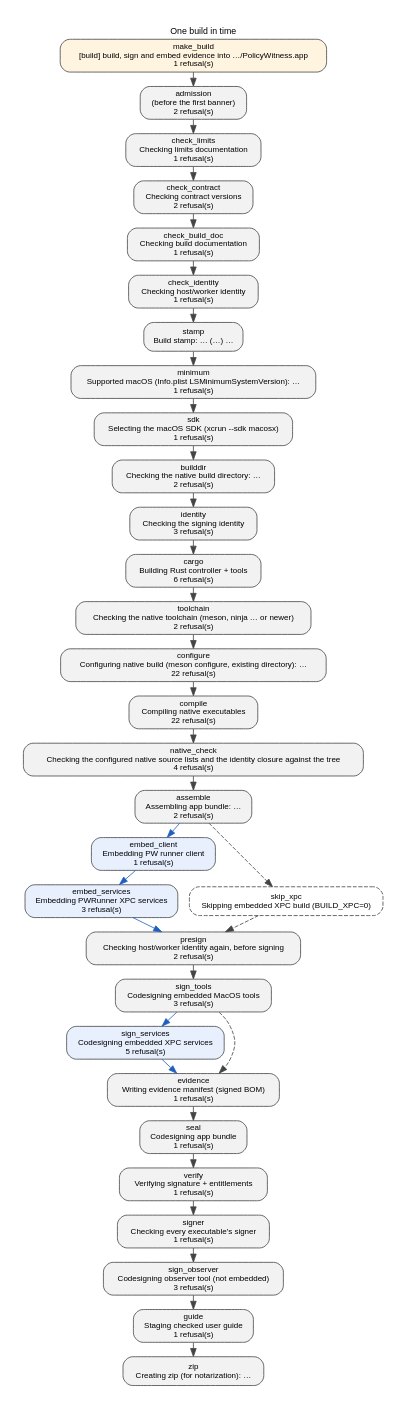
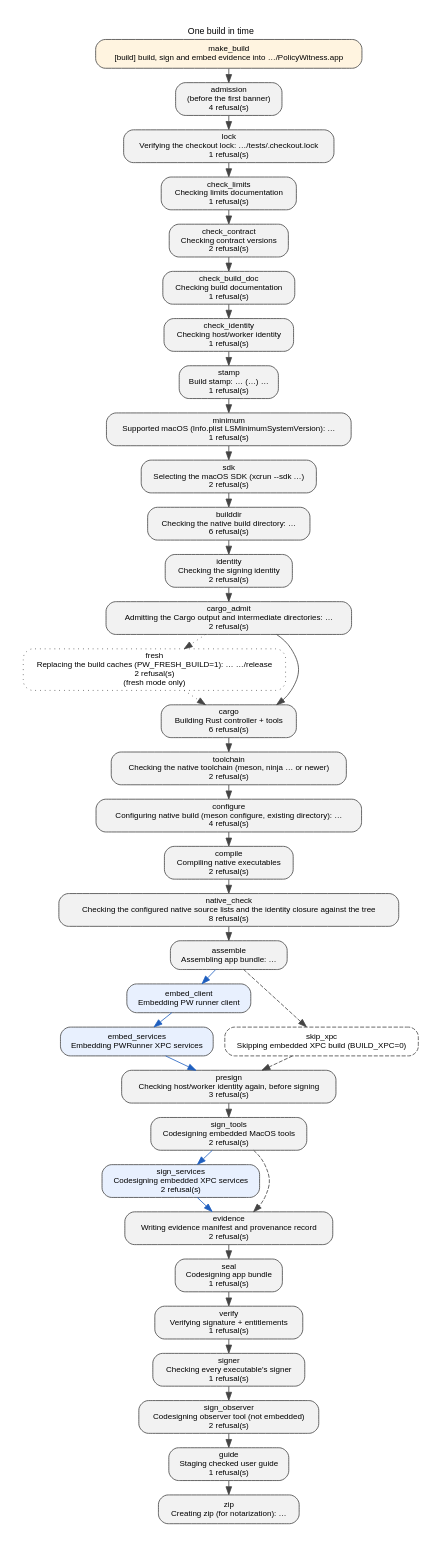
The diagram in docs/build-steps.dot (Protonk/PolicyWitness), drawn with Graphviz before and after one commit. The commit also changed 51 other files, not shown here.

```diff
--- a/docs/build-steps.dot
+++ b/docs/build-steps.dot
@@ -2,38 +2,42 @@
     graph [rankdir=TB, bgcolor="white", fontname="Helvetica", fontsize=11, label="One build in time", labelloc=t, pad=0.3, nodesep=0.2, ranksep=0.25];
     node [fontname="Helvetica", fontsize=10, shape=box, style="rounded,filled", fillcolor="#f2f2f2", color="#444444"];
     edge [fontname="Helvetica", fontsize=9, color="#444444"];
-    make_build [label="make_build\n[build] build, sign and embed evidence into …/PolicyWitness.app\n1 refusal(s)", URL="BUILD.md#one-build-in-time", tooltip="make_build: reads IDENTITY and DIST_DIR from the make command line; writes nothing; runs build.sh with them", fillcolor="#fff4e0"];
-    admission [label="admission\n(before the first banner)\n2 refusal(s)", URL="BUILD.md#one-build-in-time", tooltip="admission: reads BUILD_XPC, PW_INSPECTION and the argument list; --help prints the usage and exits before any check, after the knobs are validated; writes nothing"];
+    make_build [label="make_build\n[build] build, sign and embed evidence into …/PolicyWitness.app", URL="BUILD.md#one-build-in-time", tooltip="make_build: reads IDENTITY, DIST_DIR and, when the caller set it, PW_FRESH_BUILD from the make command line or environment; writes nothing; runs build.sh with them", fillcolor="#fff4e0"];
+    admission [label="admission\n(before the first banner)\n4 refusal(s)", URL="BUILD.md#one-build-in-time", tooltip="admission: reads BUILD_XPC, PW_INSPECTION, PW_FRESH_BUILD and the argument list (--help prints the usage and exits before any check, after the knobs are validated); whether each tracked input the build copies exists; tests/.checkout.lock, which the launcher takes before running the script again under it; writes the owner record in tests/.checkout.lock for as long as the build and its protected children hold it; nothing else"];
+    lock [label="lock\nVerifying the checkout lock: …/tests/.checkout.lock\n1 refusal(s)", URL="BUILD.md#one-build-in-time", tooltip="lock: reads the inherited lock descriptor and the claim the launcher left in the environment, verified against this checkout's lock file; writes nothing"];
     check_limits [label="check_limits\nChecking limits documentation\n1 refusal(s)", URL="BUILD.md#one-build-in-time", tooltip="check_limits: reads docs/limits.json and the documents it renders; writes nothing"];
     check_contract [label="check_contract\nChecking contract versions\n2 refusal(s)", URL="BUILD.md#one-build-in-time", tooltip="check_contract: reads docs/contract.json, docs/architecture.json and their generated copies; writes nothing"];
     check_build_doc [label="check_build_doc\nChecking build documentation\n1 refusal(s)", URL="BUILD.md#one-build-in-time", tooltip="check_build_doc: reads docs/build.json, build.sh, meson.build, the Makefile, the inventories, the baseline and the generated copies; writes nothing"];
     check_identity [label="check_identity\nChecking host/worker identity\n1 refusal(s)", URL="BUILD.md#one-build-in-time", tooltip="check_identity: reads the identity inputs and the three generated copies; writes nothing"];
-    stamp [label="stamp\nBuild stamp: … (…) …", URL="BUILD.md#one-build-in-time", tooltip="stamp: reads git describe, rev-parse and rev-list, or PW_VERSION and PW_BUILD_NUMBER from the environment; writes the four stamp variables for Cargo and the plists"];
+    stamp [label="stamp\nBuild stamp: … (…) …\n1 refusal(s)", URL="BUILD.md#one-build-in-time", tooltip="stamp: reads git describe, rev-parse and rev-list, or PW_VERSION and PW_BUILD_NUMBER from the environment; writes the four stamp variables for Cargo and the plists; controller/target/ and the build session file, opened with the stamp and the three knobs"];
     minimum [label="minimum\nSupported macOS (Info.plist LSMinimumSystemVersion): …\n1 refusal(s)", URL="BUILD.md#one-build-in-time", tooltip="minimum: reads LSMinimumSystemVersion in Info.plist; writes MACOSX_DEPLOYMENT_TARGET for Cargo"];
-    sdk [label="sdk\nSelecting the macOS SDK (xcrun --sdk macosx)\n1 refusal(s)", URL="BUILD.md#one-build-in-time", tooltip="sdk: reads the SDK path xcrun reports under DEVELOPER_DIR; writes SDKROOT for Cargo and Meson"];
-    builddir [label="builddir\nChecking the native build directory: …\n2 refusal(s)", URL="BUILD.md#one-build-in-time", tooltip="builddir: reads builddir/meson-info/meson-info.json when the directory is configured; writes nothing"];
-    identity [label="identity\nChecking the signing identity\n3 refusal(s)", URL="BUILD.md#one-build-in-time", tooltip="identity: reads IDENTITY and the keychain listing; the two knobs, for Meson's options and RUSTFLAGS; writes RUSTFLAGS, when inspection is on and it was unset or empty"];
-    cargo [label="cargo\nBuilding Rust controller + tools\n6 refusal(s)", URL="BUILD.md#one-build-in-time", tooltip="cargo: reads cargo on PATH with its configuration, caches and registries; controller/ sources, the stamp variables, MACOSX_DEPLOYMENT_TARGET, SDKROOT and RUSTFLAGS; the artifact paths Cargo reports; writes controller/target/release/ under the pinned output directory, and the messages file Cargo reports its artifacts in"];
+    sdk [label="sdk\nSelecting the macOS SDK (xcrun --sdk …)\n2 refusal(s)", URL="BUILD.md#one-build-in-time", tooltip="sdk: reads the SDK path and numeric version xcrun reports under DEVELOPER_DIR for the macosx default, or for the SDK a caller's SDKROOT names; writes SDKROOT for Cargo and Meson, resolved by xcrun, and the SDK version every shipped output must carry"];
+    builddir [label="builddir\nChecking the native build directory: …\n6 refusal(s)", URL="BUILD.md#one-build-in-time", tooltip="builddir: reads in incremental mode: builddir/meson-info/meson-info.json and builddir/pw-toolchain.json when the directory is configured, and the stamped SDK, developer directory, compiler commands and Rust compiler probed now; in fresh mode nothing, since the directory is replaced; writes the toolchain observation into the build session"];
+    identity [label="identity\nChecking the signing identity\n2 refusal(s)", URL="BUILD.md#one-build-in-time", tooltip="identity: reads IDENTITY and the keychain listing; the knobs, for Meson's options and RUSTFLAGS; writes RUSTFLAGS, when inspection is on and it was unset or empty, and the record of who set it"];
+    cargo_admit [label="cargo_admit\nAdmitting the Cargo output and intermediate directories: …\n2 refusal(s)", URL="BUILD.md#one-build-in-time", tooltip="cargo_admit: reads cargo metadata's report of the target and build directories under the pinned target directory, with the caller's Cargo environment and configuration; writes the admission into the build session"];
+    fresh [label="fresh\nReplacing the build caches (PW_FRESH_BUILD=1): … …/release\n2 refusal(s)\n(fresh mode only)", URL="BUILD.md#one-build-in-time", tooltip="fresh: reads every path component of builddir/ and controller/target/release/ below the checkout: a real directory of this user, or absent; writes removes both directories; records each one's replacement in the build session; nothing else is removed", style="rounded,dotted", fillcolor="#fdf2f2"];
+    cargo [label="cargo\nBuilding Rust controller + tools\n6 refusal(s)", URL="BUILD.md#one-build-in-time", tooltip="cargo: reads cargo on PATH with its configuration, caches and registries; controller/ sources, the stamp variables, MACOSX_DEPLOYMENT_TARGET, SDKROOT and RUSTFLAGS; the artifact paths and per-target reuse judgments Cargo reports, and Cargo's fingerprint for each shipped target; writes controller/target/release/ under the pinned output directory, the messages file Cargo reports its artifacts in, and the judgments into the build session"];
     toolchain [label="toolchain\nChecking the native toolchain (meson, ninja … or newer)\n2 refusal(s)", URL="BUILD.md#one-build-in-time", tooltip="toolchain: reads meson and ninja on PATH and ninja's version; writes nothing"];
-    configure [label="configure\nConfiguring native build (meson configure, existing directory): …\n22 refusal(s)", URL="BUILD.md#one-build-in-time", tooltip="configure: reads whether builddir/build.ninja exists, meson.build, meson.options and the two knobs as Meson options; a fresh setup also reads CFLAGS and the other flag variables; writes builddir/ configuration; meson configure records the two options and the policy assertions run at setup or at the regeneration the next compile triggers"];
-    compile [label="compile\nCompiling native executables\n22 refusal(s)", URL="BUILD.md#one-build-in-time", tooltip="compile: reads the native sources through builddir/; a changed option triggers regeneration, which runs the policy assertions first; writes builddir/ outputs and the Swift module cache under it"];
-    native_check [label="native_check\nChecking the configured native source lists and the identity closure against the tree\n4 refusal(s)", URL="BUILD.md#one-build-in-time", tooltip="native_check: reads Meson's introspection of builddir/, Ninja's dependency log, the identity inputs and the Meson outputs' load commands; writes nothing"];
-    assemble [label="assemble\nAssembling app bundle: …\n2 refusal(s)", URL="BUILD.md#one-build-in-time", tooltip="assemble: reads Info.plist, the three Rust outputs, runner/augments/, dist/README.md and dist/AGENTS.md; writes the two documents under DIST_DIR; removes the previous app, ZIP and guide; the stamped Info.plist, the three Rust executables and the augments under the new app"];
-    embed_client [label="embed_client\nEmbedding PW runner client\n1 refusal(s)", URL="BUILD.md#one-build-in-time", tooltip="embed_client: reads builddir/pw-runner-client; writes Contents/MacOS/pw-runner-client and its dSYM in inspection builds", fillcolor="#e8f0fe"];
-    embed_services [label="embed_services\nEmbedding PWRunner XPC services\n3 refusal(s)", URL="BUILD.md#one-build-in-time", tooltip="embed_services: reads each service's Info.plist and builddir/ host, the worker, validator and issuer; writes each service bundle: its stamped Info.plist, the host with its dSYM in inspection builds, the worker, validator and issuer", fillcolor="#e8f0fe"];
+    configure [label="configure\nConfiguring native build (meson configure, existing directory): …\n4 refusal(s)", URL="BUILD.md#one-build-in-time", tooltip="configure: reads whether builddir/build.ninja exists, meson.build, meson.options and the two Meson options; a fresh setup also reads CFLAGS and the other flag variables, and the compilers Meson selected; writes builddir/ configuration; a fresh setup publishes builddir/pw-toolchain.json atomically from the selected compilers, SDK and Rust compiler; meson configure records the two options and the policy assertions run at setup or at the regeneration the next compile triggers"];
+    compile [label="compile\nCompiling native executables\n2 refusal(s)", URL="BUILD.md#one-build-in-time", tooltip="compile: reads the native sources through builddir/; a changed option triggers regeneration, which runs the policy assertions first; writes builddir/ outputs and the Swift module cache under it"];
+    native_check [label="native_check\nChecking the configured native source lists and the identity closure against the tree\n8 refusal(s)", URL="BUILD.md#one-build-in-time", tooltip="native_check: reads Meson's introspection of builddir/, Ninja's dependency log, the identity inputs, the stamp and the compilers the directory records, and every shipped output's load commands; writes builddir/pw-toolchain.json extended with the Swift compiler a reused directory discovered when this build enabled the XPC pieces, atomically and without changing another field; the toolchain, option and SDK observations into the build session"];
+    assemble [label="assemble\nAssembling app bundle: …", URL="BUILD.md#one-build-in-time", tooltip="assemble: reads Info.plist, the three Rust outputs, runner/augments/, dist/README.md and dist/AGENTS.md, all admitted before the first check; writes the two documents under DIST_DIR; removes the previous app, ZIP and guide; the stamped Info.plist, the three Rust executables and the augments under the new app"];
+    embed_client [label="embed_client\nEmbedding PW runner client", URL="BUILD.md#one-build-in-time", tooltip="embed_client: reads builddir/pw-runner-client; writes Contents/MacOS/pw-runner-client and its dSYM in inspection builds", fillcolor="#e8f0fe"];
+    embed_services [label="embed_services\nEmbedding PWRunner XPC services", URL="BUILD.md#one-build-in-time", tooltip="embed_services: reads each service's Info.plist and builddir/ host, the worker, validator and issuer; writes each service bundle: its stamped Info.plist, the host with its dSYM in inspection builds, the worker, validator and issuer", fillcolor="#e8f0fe"];
     skip_xpc [label="skip_xpc\nSkipping embedded XPC build (BUILD_XPC=0)", URL="BUILD.md#one-build-in-time", tooltip="skip_xpc: reads nothing; writes nothing", style="rounded,dashed", fillcolor="white"];
-    presign [label="presign\nChecking host/worker identity again, before signing\n2 refusal(s)", URL="BUILD.md#one-build-in-time", tooltip="presign: reads the identity inputs and copies, and whether PolicyWitness.entitlements exists; writes nothing"];
-    sign_tools [label="sign_tools\nCodesigning embedded MacOS tools\n3 refusal(s)", URL="BUILD.md#one-build-in-time", tooltip="sign_tools: reads the copied top-level helpers; writes signatures on the top-level helpers"];
-    sign_services [label="sign_services\nCodesigning embedded XPC services\n5 refusal(s)", URL="BUILD.md#one-build-in-time", tooltip="sign_services: reads each service's Entitlements.plist and bundle; writes signatures on the nested helpers, then each service seal", fillcolor="#e8f0fe"];
-    evidence [label="evidence\nWriting evidence manifest (signed BOM)\n1 refusal(s)", URL="BUILD.md#one-build-in-time", tooltip="evidence: reads the signed bytes, entitlements and exported symbols of the helpers, services and augments; writes Contents/Resources/Evidence/manifest.json and symbols.json"];
+    presign [label="presign\nChecking host/worker identity again, before signing\n3 refusal(s)", URL="BUILD.md#one-build-in-time", tooltip="presign: reads the identity inputs and copies, the generated identity in tests/lib/contract.py and the built worker's --version report; writes nothing"];
+    sign_tools [label="sign_tools\nCodesigning embedded MacOS tools\n2 refusal(s)", URL="BUILD.md#one-build-in-time", tooltip="sign_tools: reads the copied top-level helpers; writes signatures on the top-level helpers"];
+    sign_services [label="sign_services\nCodesigning embedded XPC services\n2 refusal(s)", URL="BUILD.md#one-build-in-time", tooltip="sign_services: reads each service's Entitlements.plist, admitted before the first check, and the assembled bundle; writes signatures on the nested helpers, then each service seal", fillcolor="#e8f0fe"];
+    evidence [label="evidence\nWriting evidence manifest and provenance record\n2 refusal(s)", URL="BUILD.md#one-build-in-time", tooltip="evidence: reads the signed bytes, entitlements and exported symbols of the helpers, services and augments; the build session; every shipped output's load commands and signature display; writes Contents/Resources/Evidence/manifest.json, symbols.json and provenance.json, the manifest listing the other two"];
     seal [label="seal\nCodesigning app bundle\n1 refusal(s)", URL="BUILD.md#one-build-in-time", tooltip="seal: reads PolicyWitness.entitlements; writes the app seal over everything under Contents/"];
     verify [label="verify\nVerifying signature + entitlements\n1 refusal(s)", URL="BUILD.md#one-build-in-time", tooltip="verify: reads the sealed app; writes nothing"];
-    signer [label="signer\nChecking every executable's signer\n1 refusal(s)", URL="BUILD.md#one-build-in-time", tooltip="signer: reads every regular file under the app's and each service's Contents/MacOS; writes nothing"];
-    sign_observer [label="sign_observer\nCodesigning observer tool (not embedded)\n3 refusal(s)", URL="BUILD.md#one-build-in-time", tooltip="sign_observer: reads controller/target/release/sandbox-log-observer; writes that executable's signature, in place"];
+    signer [label="signer\nChecking every executable's signer\n1 refusal(s)", URL="BUILD.md#one-build-in-time", tooltip="signer: reads every regular file under the app's and each service's Contents/MacOS, and the app and service seals, as codesign displays them; writes nothing"];
+    sign_observer [label="sign_observer\nCodesigning observer tool (not embedded)\n2 refusal(s)", URL="BUILD.md#one-build-in-time", tooltip="sign_observer: reads controller/target/release/sandbox-log-observer; writes that executable's signature, in place"];
     guide [label="guide\nStaging checked user guide\n1 refusal(s)", URL="BUILD.md#one-build-in-time", tooltip="guide: reads docs/PolicyWitness.md and its inputs; writes PolicyWitness.md under DIST_DIR"];
     zip [label="zip\nCreating zip (for notarization): …", URL="BUILD.md#one-build-in-time", tooltip="zip: reads the sealed app; writes PolicyWitness.zip under DIST_DIR"];
     make_build -> admission;
-    admission -> check_limits;
+    admission -> lock;
+    lock -> check_limits;
     check_limits -> check_contract;
     check_contract -> check_build_doc;
     check_build_doc -> check_identity;
@@ -42,7 +46,10 @@
     minimum -> sdk;
     sdk -> builddir;
     builddir -> identity;
-    identity -> cargo;
+    identity -> cargo_admit;
+    cargo_admit -> fresh [style=dotted];
+    fresh -> cargo [style=dotted];
+    cargo_admit -> cargo;
     cargo -> toolchain;
     toolchain -> configure;
     configure -> compile;
```
